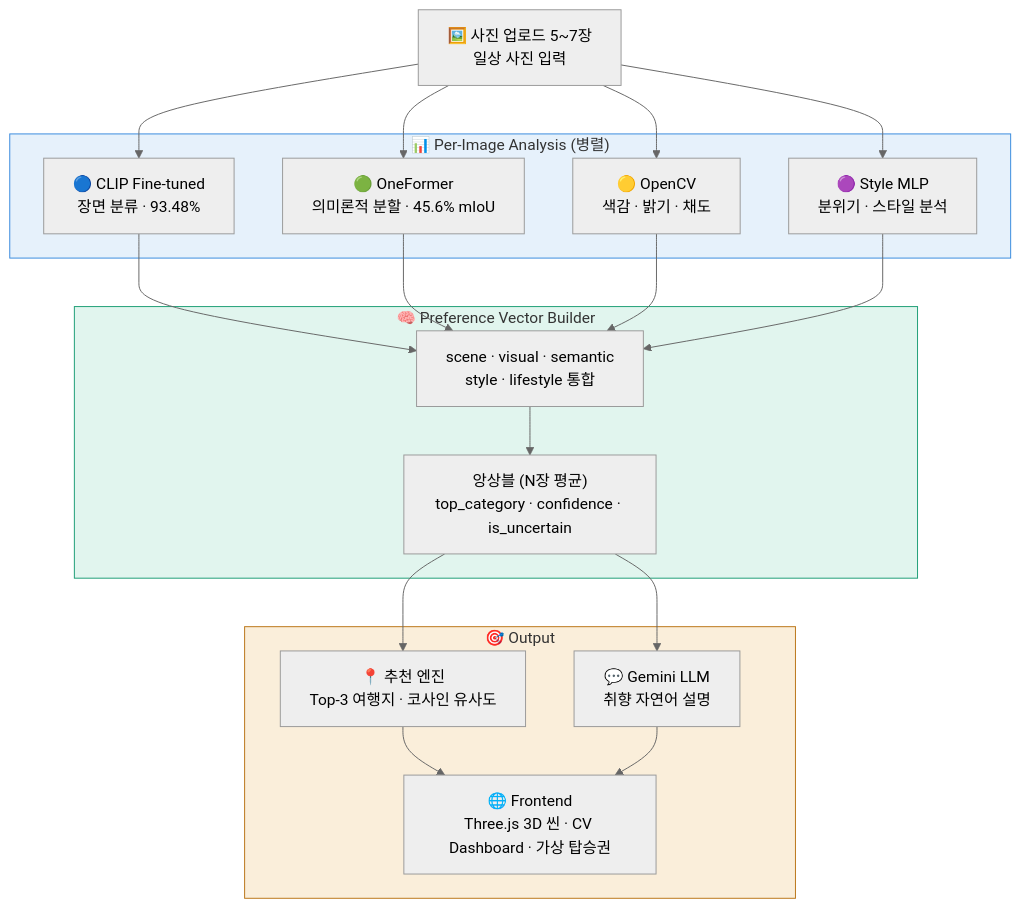
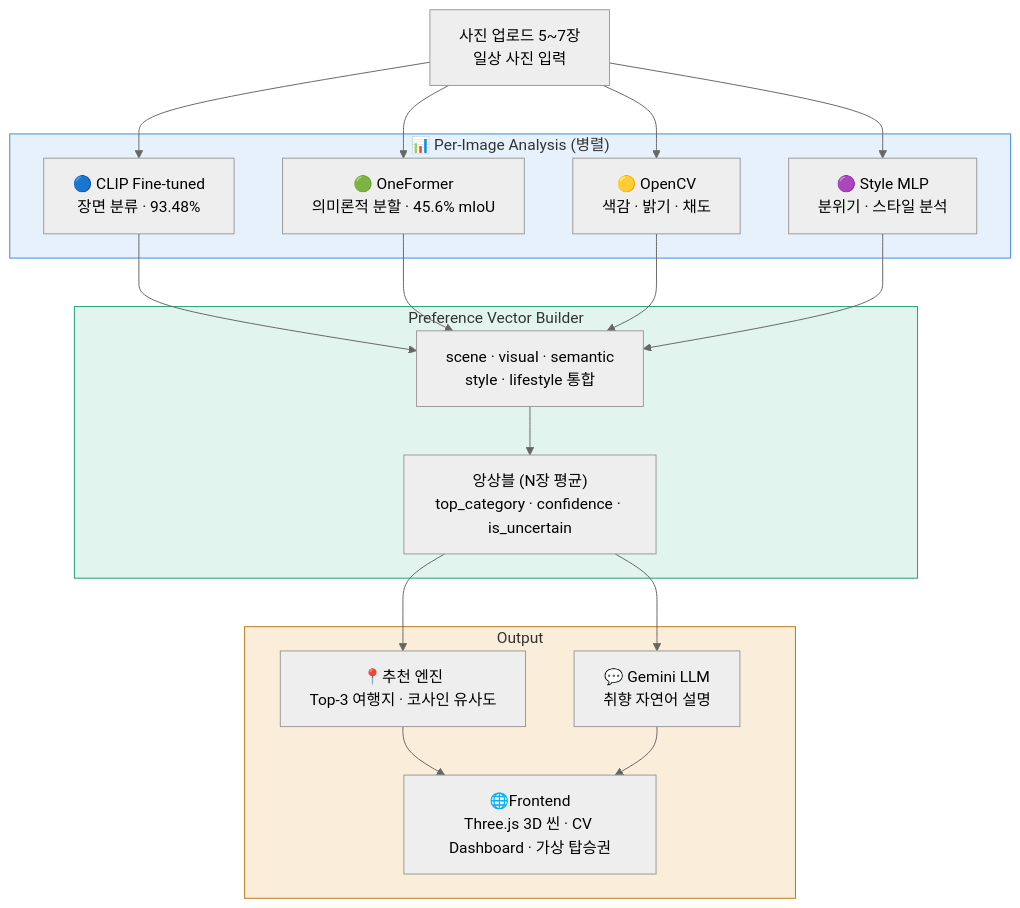
Before and after one commit to ysnni2/PhotoTrip: the first of 2 diagrams in README.md, drawn with Mermaid (neutral theme). The commit also changed other lines of this file, not shown here.

Commit message:
Update README.md
아키텍처 수정

````diff
--- a/README.md
+++ b/README.md
@@ -19,34 +19,34 @@
 ```mermaid
 flowchart TD
-    INPUT["🖼️ 사진 업로드 5~7장\n일상 사진 입력"]
+    INPUT["사진 업로드 5~7장\n일상 사진 입력"]
     INPUT --> CLIP
     INPUT --> ONE
     INPUT --> OCV
     INPUT --> SMLP
     subgraph ANALYSIS["📊 Per-Image Analysis (병렬)"]
         CLIP["🔵 CLIP Fine-tuned\n장면 분류 · 93.48%"]
         ONE["🟢 OneFormer\n의미론적 분할 · 45.6% mIoU"]
         OCV["🟡 OpenCV\n색감 · 밝기 · 채도"]
         SMLP["🟣 Style MLP\n분위기 · 스타일 분석"]
     end
     CLIP --> PV
     ONE --> PV
     OCV --> PV
     SMLP --> PV
-    subgraph VECTOR["🧠 Preference Vector Builder"]
+    subgraph VECTOR["Preference Vector Builder"]
         PV["scene · visual · semantic\nstyle · lifestyle 통합"]
         PV --> ENS["앙상블 (N장 평균)\ntop_category · confidence · is_uncertain"]
     end
     ENS --> REC
     ENS --> GEM
-    subgraph OUTPUT["🎯 Output"]
-        REC["📍 추천 엔진\nTop-3 여행지 · 코사인 유사도"]
+    subgraph OUTPUT["Output"]
+        REC["📍추천 엔진\nTop-3 여행지 · 코사인 유사도"]
         GEM["💬 Gemini LLM\n취향 자연어 설명"]
         REC --> FE
         GEM --> FE
-        FE["🌐 Frontend\nThree.js 3D 씬 · CV Dashboard · 가상 탑승권"]
+        FE["🌐Frontend\nThree.js 3D 씬 · CV Dashboard · 가상 탑승권"]
     end
     style ANALYSIS fill:#e6f1fb,stroke:#378add
     style VECTOR fill:#e1f5ee,stroke:#1d9e75
     style OUTPUT fill:#faeeda,stroke:#ba7517
 ```
````
